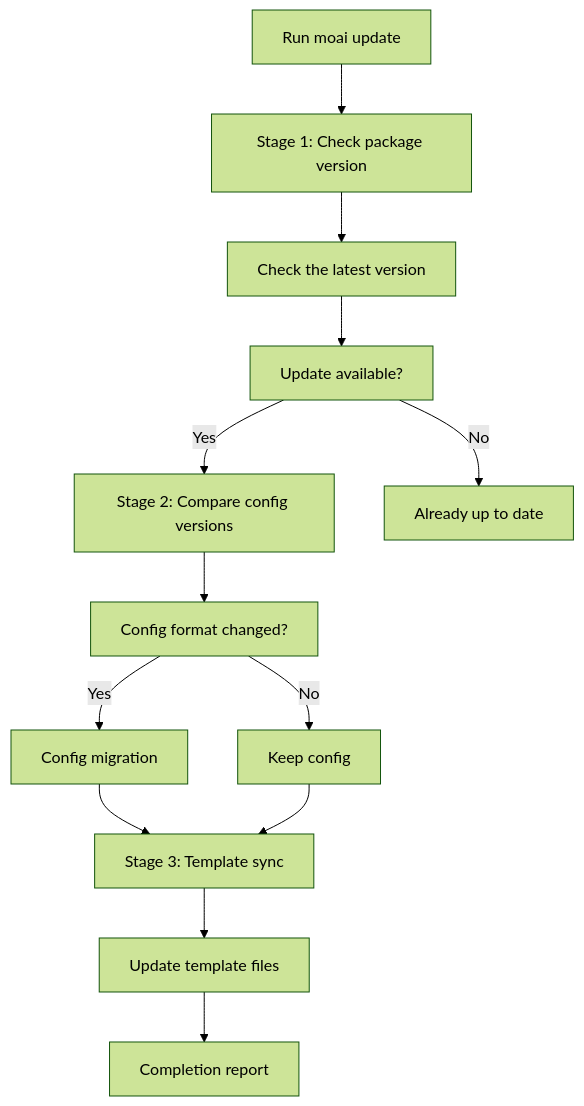
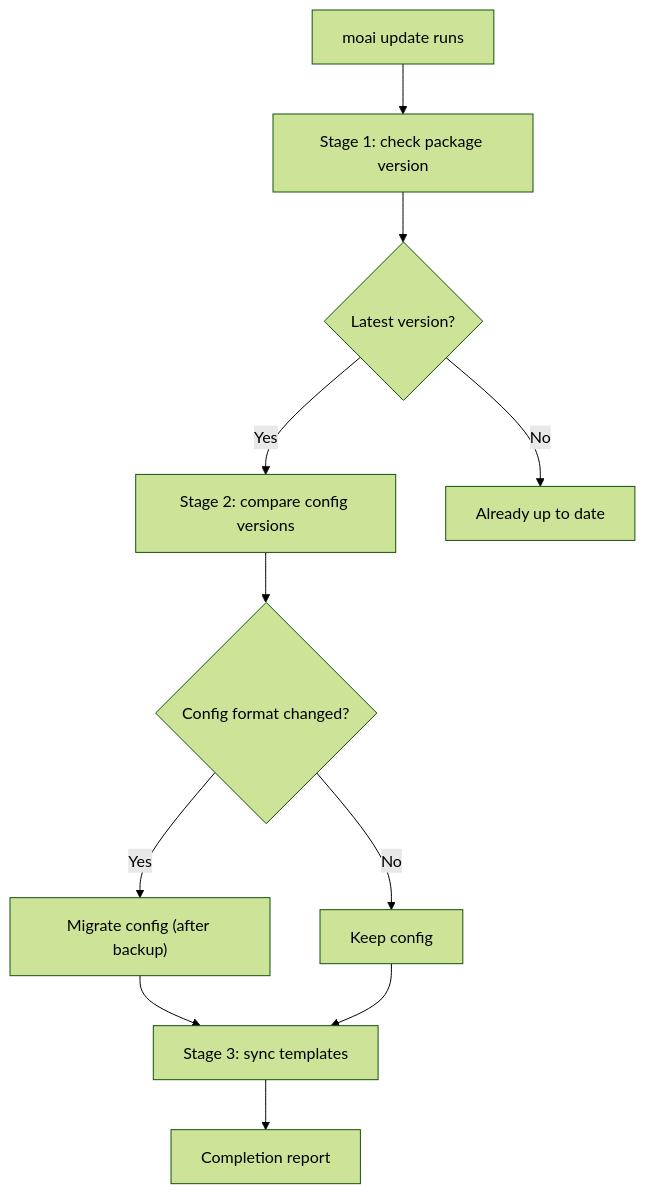
Before and after one commit to modu-ai/moai-adk: the first of 2 diagrams in docs-site/content/en/getting-started/update.md, drawn with Mermaid (forest theme). The commit also changed other lines of this file and 180 other files, not shown here.

````diff
--- a/docs-site/content/en/getting-started/update.md
+++ b/docs-site/content/en/getting-started/update.md
@@ -21,19 +19,13 @@
 ```mermaid
 flowchart TD
-    A[Run moai update] --> B[Stage 1: Check package version]
-    B --> C[Check the latest version]
-    C --> D[Update available?]
-
-    D -->|Yes| E[Stage 2: Compare config versions]
-    D -->|No| F[Already up to date]
-
-    E --> G[Config format changed?]
-    G -->|Yes| H[Config migration]
-    G -->|No| I[Keep config]
-
-    H --> J[Stage 3: Template sync]
-    I --> J
-
-    J --> K[Update template files]
-    K --> L[Completion report]
+    A["moai update runs"] --> B["Stage 1: check package version"]
+    B --> C{"Latest version?"}
+    C -->|"Yes"| D["Stage 2: compare config versions"]
+    C -->|"No"| E["Already up to date"]
+    D --> F{"Config format changed?"}
+    F -->|"Yes"| G["Migrate config (after backup)"]
+    F -->|"No"| H["Keep config"]
+    G --> I["Stage 3: sync templates"]
+    H --> I
+    I --> J["Completion report"]
 ```
````
